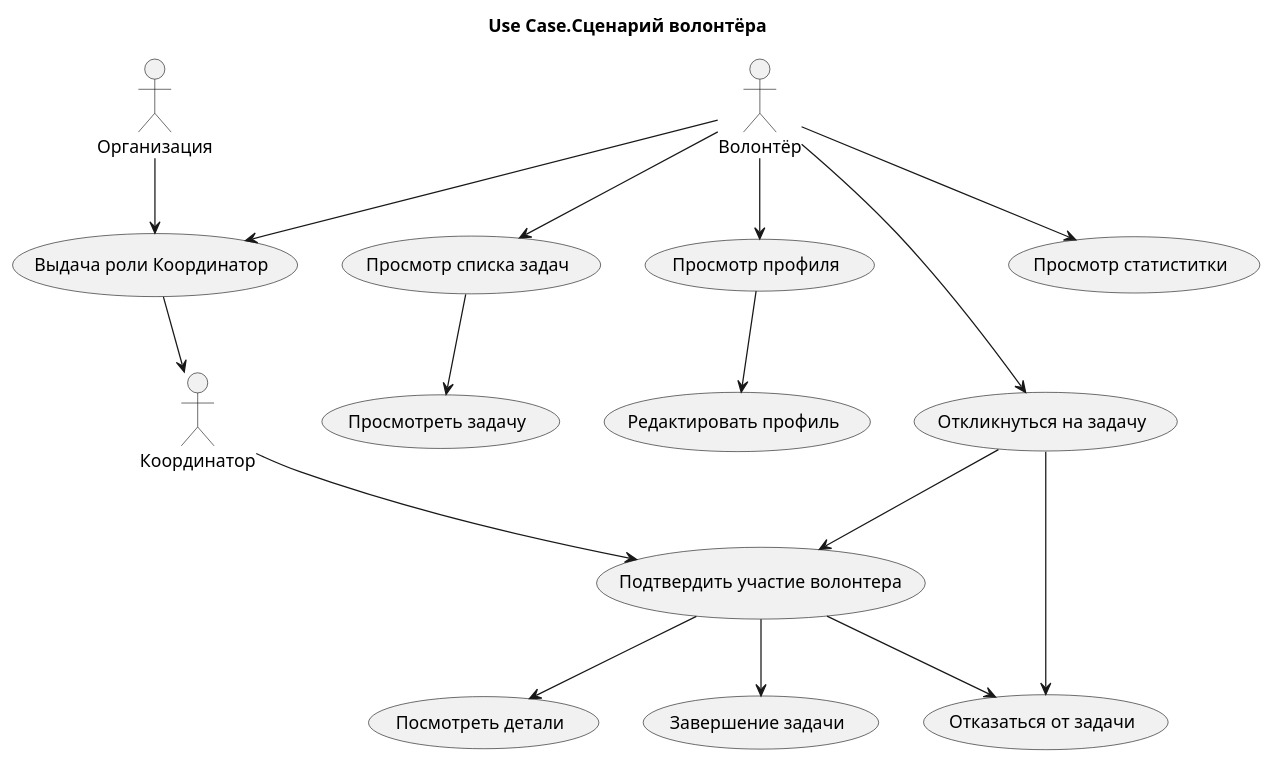
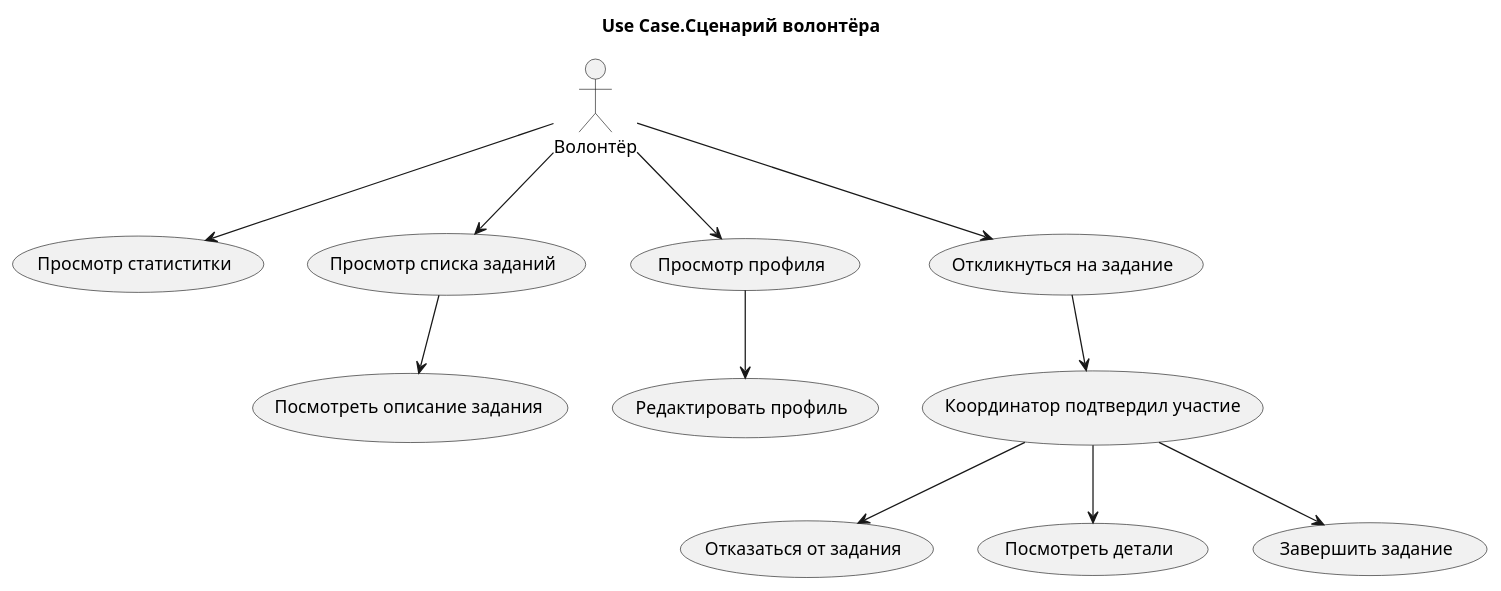
One commit to den990/daPomogu changed the diagram in architecture/Use Cases/Use Case.Волонтёр.puml. Above: the diagram before and after it, drawn with PlantUML. The commit also changed 3 other files, not shown here.

```diff
--- a/architecture/Use Cases/Use Case.Волонтёр.puml
+++ b/architecture/Use Cases/Use Case.Волонтёр.puml
@@ -1,30 +1,22 @@
 @startuml
 
 skinparam style classic
 
 title Use Case.Сценарий волонтёра
 
-:Волонтёр: 
-:Координатор:
-:Организация:
-
-Волонтёр --> (Выдача роли Координатор)
-(Выдача роли Координатор) --> Координатор
-Организация --> (Выдача роли Координатор)
+:Волонтёр:
 
 Волонтёр --> (Просмотр статиститки)
-Волонтёр --> (Просмотр списка задач)
-(Просмотр списка задач) --> (Просмотреть задачу)
+Волонтёр --> (Просмотр списка заданий)
+(Просмотр списка заданий) --> (Посмотреть описание задания)
 Волонтёр --> (Просмотр профиля)
 (Просмотр профиля) --> (Редактировать профиль)
 
-Волонтёр --> (Откликнуться на задачу)
-(Откликнуться на задачу) --> (Подтвердить участие волонтера)
-(Откликнуться на задачу) --> (Отказаться от задачи)
-Координатор --> (Подтвердить участие волонтера)
+Волонтёр --> (Откликнуться на задание)
+(Откликнуться на задание) --> (Координатор подтвердил участие)
 
-(Подтвердить участие волонтера) --> (Отказаться от задачи)
-(Подтвердить участие волонтера) --> (Посмотреть детали)
-(Подтвердить участие волонтера) --> (Завершение задачи)
+(Координатор подтвердил участие) --> (Отказаться от задания)
+(Координатор подтвердил участие) --> (Посмотреть детали)
+(Координатор подтвердил участие) --> (Завершить задание)
 
 @enduml
```
